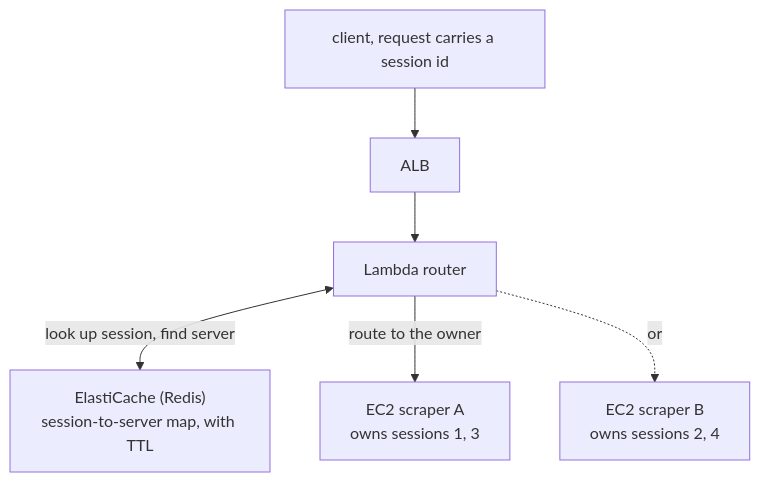
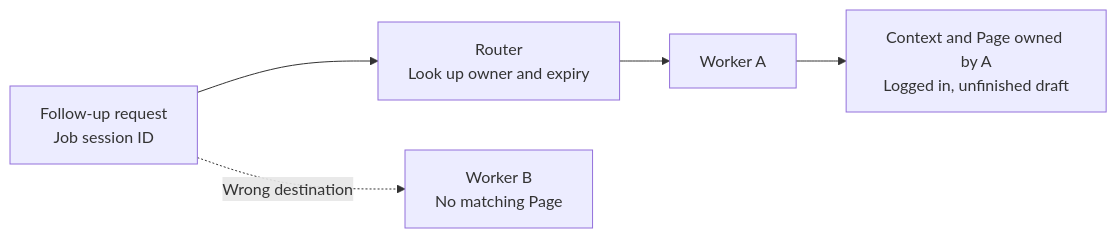
One commit to kukjun/blog changed the diagram in src/content/blog/en/session-aware-routing.md. Above: the diagram before and after it, drawn with Mermaid. The commit also changed other lines of this file and 16 other files, not shown here.

````diff
--- a/src/content/blog/en/session-aware-routing.md
+++ b/src/content/blog/en/session-aware-routing.md
@@ -54,8 +96,7 @@
 ```mermaid
-flowchart TD
-  C["client, request carries a session id"] --> ALB["ALB"]
-  ALB --> R["Lambda router"]
-  R <-->|"look up session, find server"| K["ElastiCache (Redis)<br/>session-to-server map, with TTL"]
-  R -->|"route to the owner"| S1["EC2 scraper A<br/>owns sessions 1, 3"]
-  R -.->|"or"| S2["EC2 scraper B<br/>owns sessions 2, 4"]
+flowchart LR
+  C["Follow-up request<br/>Job session ID"] --> R["Router<br/>Look up owner and expiry"]
+  R --> A["Worker A"]
+  A --> P["Context and Page owned by A<br/>Logged in, unfinished draft"]
+  C -. "Wrong destination" .-> B["Worker B<br/>No matching Page"]
 ```
````
